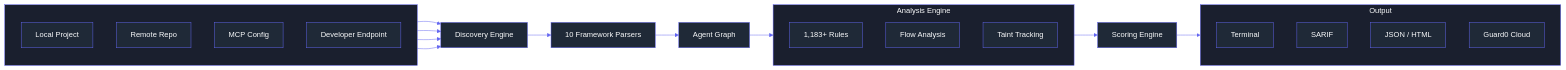
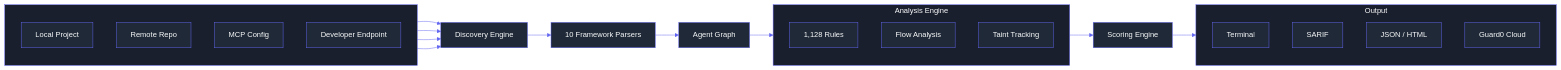
The diagram in docs/assets/architecture.mmd (guard0-ai/g0), drawn with Mermaid before and after one commit. The commit also changed 31 other files, not shown here.

```diff
--- a/docs/assets/architecture.mmd
+++ b/docs/assets/architecture.mmd
@@ -1,37 +1,37 @@
 %%{init: {'theme': 'base', 'themeVariables': { 'primaryColor': '#1f2937', 'primaryTextColor': '#f9fafb', 'primaryBorderColor': '#6366f1', 'lineColor': '#6366f1', 'secondaryColor': '#374151', 'tertiaryColor': '#111827', 'background': '#111827', 'mainBkg': '#1f2937', 'nodeBorder': '#6366f1', 'clusterBkg': '#1a1f2e', 'clusterBorder': '#6366f1', 'titleColor': '#f9fafb', 'edgeLabelBackground': '#111827', 'nodeTextColor': '#f9fafb' }}}%%
 
 flowchart LR
     subgraph Input[" "]
         direction TB
         A["Local Project"]
         B["Remote Repo"]
         C["MCP Config"]
         X["Developer Endpoint"]
     end
 
     D["Discovery Engine"]
     E["10 Framework Parsers"]
     F["Agent Graph"]
 
     subgraph Engine["Analysis Engine"]
         direction TB
-        G["1,183+ Rules"]
+        G["1,128 Rules"]
         H["Flow Analysis"]
         I["Taint Tracking"]
     end
 
     J["Scoring Engine"]
 
     subgraph Out["Output"]
         direction TB
         K["Terminal"]
         L["SARIF"]
         M["JSON / HTML"]
         N["Guard0 Cloud"]
     end
 
     A --> D
     B --> D
     C --> D
     X --> D
     D --> E --> F --> Engine --> J --> Out
```
